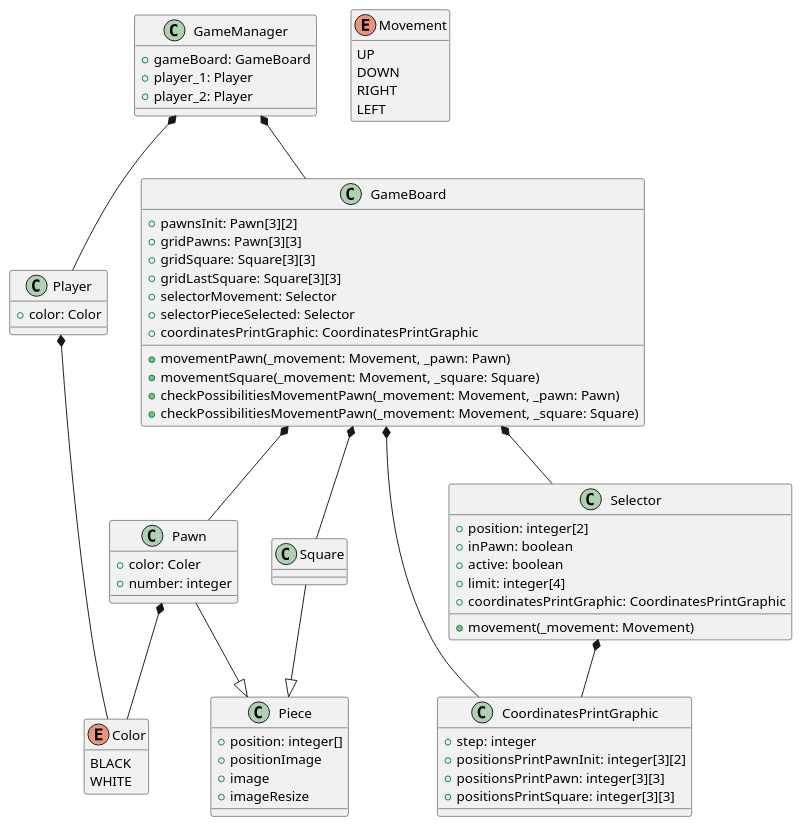
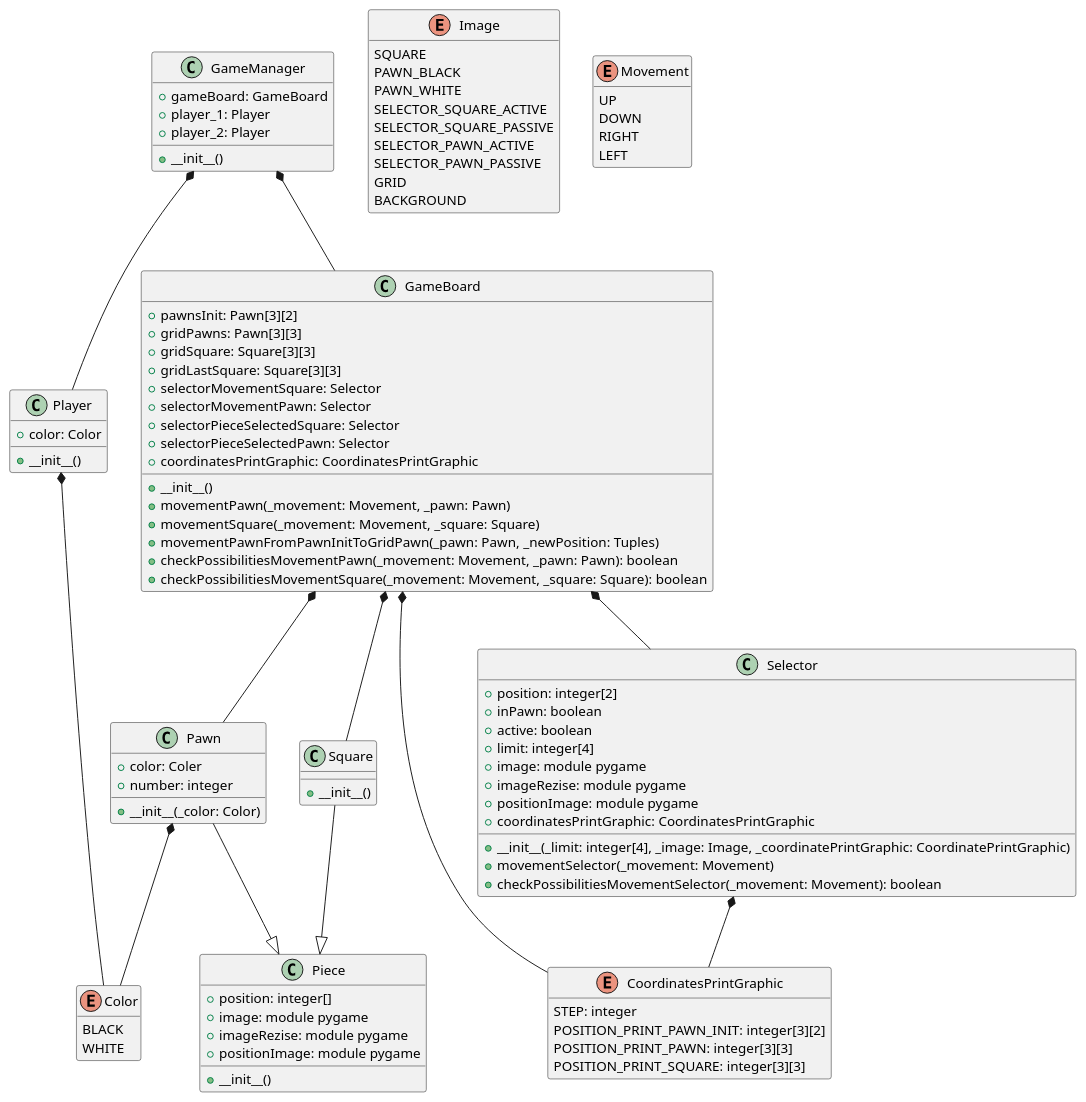
Before and after one commit to AurelienVasseur/Force-3: the diagram in Doc/UML/classes.puml, drawn with PlantUML. The commit also changed 9 other files, not shown here.

```diff
--- a/Doc/UML/classes.puml
+++ b/Doc/UML/classes.puml
@@ -1,87 +1,115 @@
 @startuml classes
 
 class GameBoard {
     +pawnsInit: Pawn[3][2]
     +gridPawns: Pawn[3][3]
     +gridSquare: Square[3][3]
     +gridLastSquare: Square[3][3]
-    +selectorMovement: Selector
-    +selectorPieceSelected: Selector
+    +selectorMovementSquare: Selector
+    +selectorMovementPawn: Selector   
+    +selectorPieceSelectedSquare: Selector
+    +selectorPieceSelectedPawn: Selector
     +coordinatesPrintGraphic: CoordinatesPrintGraphic
+    +__init__()
     +movementPawn(_movement: Movement, _pawn: Pawn)
     +movementSquare(_movement: Movement, _square: Square)
-    +checkPossibilitiesMovementPawn(_movement: Movement, _pawn: Pawn)
-    +checkPossibilitiesMovementPawn(_movement: Movement, _square: Square)
+    +movementPawnFromPawnInitToGridPawn(_pawn: Pawn, _newPosition: Tuples)
+    +checkPossibilitiesMovementPawn(_movement: Movement, _pawn: Pawn): boolean
+    +checkPossibilitiesMovementSquare(_movement: Movement, _square: Square): boolean
+
 }
 
 class Player {
     +color: Color
+    +__init__()
 }
 
 class Piece {
     +position: integer[]
-    +positionImage
-    +image
-    +imageResize
+    +image: module pygame
+    +imageRezise: module pygame
+    +positionImage: module pygame
+    +__init__()
 }
 
 class Pawn {
     +color: Coler
     +number: integer
+    +__init__(_color: Color)
 }
 
 class Square {
+    +__init__()
 
 }
 
 class Selector {
     +position: integer[2]
     +inPawn: boolean
     +active: boolean
     +limit: integer[4]
+    +image: module pygame
+    +imageRezise: module pygame
+    +positionImage: module pygame
     +coordinatesPrintGraphic: CoordinatesPrintGraphic
-    +movement(_movement: Movement)
+    +__init__(_limit: integer[4], _image: Image, _coordinatePrintGraphic: CoordinatePrintGraphic)
+    +movementSelector(_movement: Movement)
+    +checkPossibilitiesMovementSelector(_movement: Movement): boolean
 }
 
 class GameManager {
     +gameBoard: GameBoard
     +player_1: Player
     +player_2: Player
+    +__init__()
 
 }
 
 enum Color {
     BLACK
     WHITE
 }
 hide Color methods
 
+enum Image {
+    SQUARE
+    PAWN_BLACK
+    PAWN_WHITE
+    SELECTOR_SQUARE_ACTIVE
+    SELECTOR_SQUARE_PASSIVE
+    SELECTOR_PAWN_ACTIVE
+    SELECTOR_PAWN_PASSIVE
+    GRID
+    BACKGROUND
+}
+hide Image methods
+
 enum Movement {
     UP
     DOWN
     RIGHT
     LEFT
 }
 hide Movement methods
 
-class CoordinatesPrintGraphic {
-    +step: integer
-    +positionsPrintPawnInit: integer[3][2]
-    +positionsPrintPawn: integer[3][3]
-    +positionsPrintSquare: integer[3][3]
+enum CoordinatesPrintGraphic {
+    STEP: integer
+    POSITION_PRINT_PAWN_INIT: integer[3][2]
+    POSITION_PRINT_PAWN: integer[3][3]
+    POSITION_PRINT_SQUARE: integer[3][3]
 }
-
+hide CoordinatesPrintGraphic methods
 
 GameManager *-- GameBoard
 GameManager *-- Player
 GameBoard *-- Selector
 GameBoard *-- Pawn
 GameBoard *-- Square
 GameBoard *-- CoordinatesPrintGraphic
 Selector *-- CoordinatesPrintGraphic
 Pawn --|> Piece
 Square --|> Piece
 Player *-- Color
 Pawn *-- Color
 
 @enduml
```
